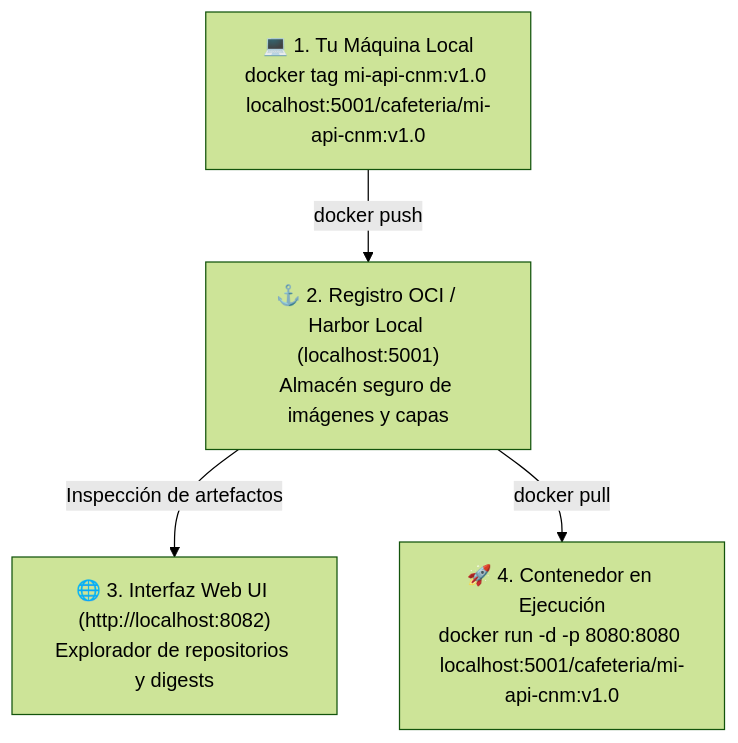
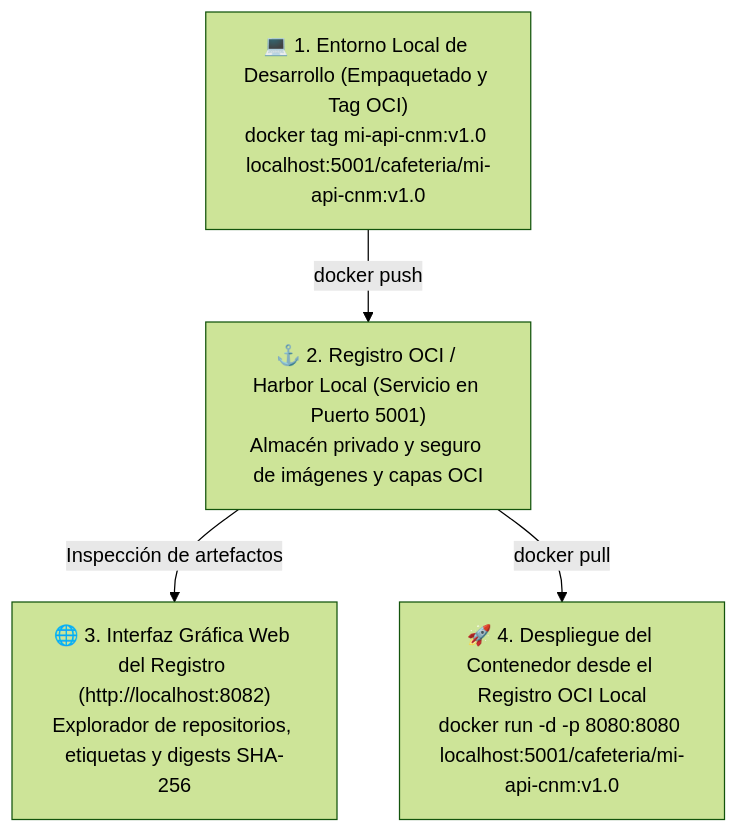
Before and after one commit to Camilaux/Fundamentos-Kubernetes: the diagram in semana-00-fundamentos-docker/1.ejemplos/05-registro-imagenes-harbor/README.md, drawn with Mermaid (forest theme). The commit also changed 1 other file, not shown here.

Commit message:
docs: ampliar cajas de diagramas mermaid para evitar corte de texto

````diff
--- a/semana-00-fundamentos-docker/1.ejemplos/05-registro-imagenes-harbor/README.md
+++ b/semana-00-fundamentos-docker/1.ejemplos/05-registro-imagenes-harbor/README.md
@@ -15,11 +15,11 @@
 ```mermaid
 flowchart TD
-    DEV["💻 1. Tu Máquina Local<br/>docker tag mi-api-cnm:v1.0 localhost:5001/cafeteria/mi-api-cnm:v1.0"]
-    REG["⚓ 2. Registro OCI / Harbor Local (localhost:5001)<br/>Almacén seguro de imágenes y capas"]
-    UI["🌐 3. Interfaz Web UI (http://localhost:8082)<br/>Explorador de repositorios y digests"]
-    RUN["🚀 4. Contenedor en Ejecución<br/>docker run -d -p 8080:8080 localhost:5001/cafeteria/mi-api-cnm:v1.0"]
+    DEV["💻 1. Entorno Local de Desarrollo (Empaquetado y Tag OCI)<br/>docker tag mi-api-cnm:v1.0 localhost:5001/cafeteria/mi-api-cnm:v1.0"]
+    REG["⚓ 2. Registro OCI / Harbor Local (Servicio en Puerto 5001)<br/>Almacén privado y seguro de imágenes y capas OCI"]
+    UI["🌐 3. Interfaz Gráfica Web del Registro (http://localhost:8082)<br/>Explorador de repositorios, etiquetas y digests SHA-256"]
+    RUN["🚀 4. Despliegue del Contenedor desde el Registro OCI Local<br/>docker run -d -p 8080:8080 localhost:5001/cafeteria/mi-api-cnm:v1.0"]
 
     DEV -->|"docker push"| REG
     REG -->|"Inspección de artefactos"| UI
     REG -->|"docker pull"| RUN
 ```
````
